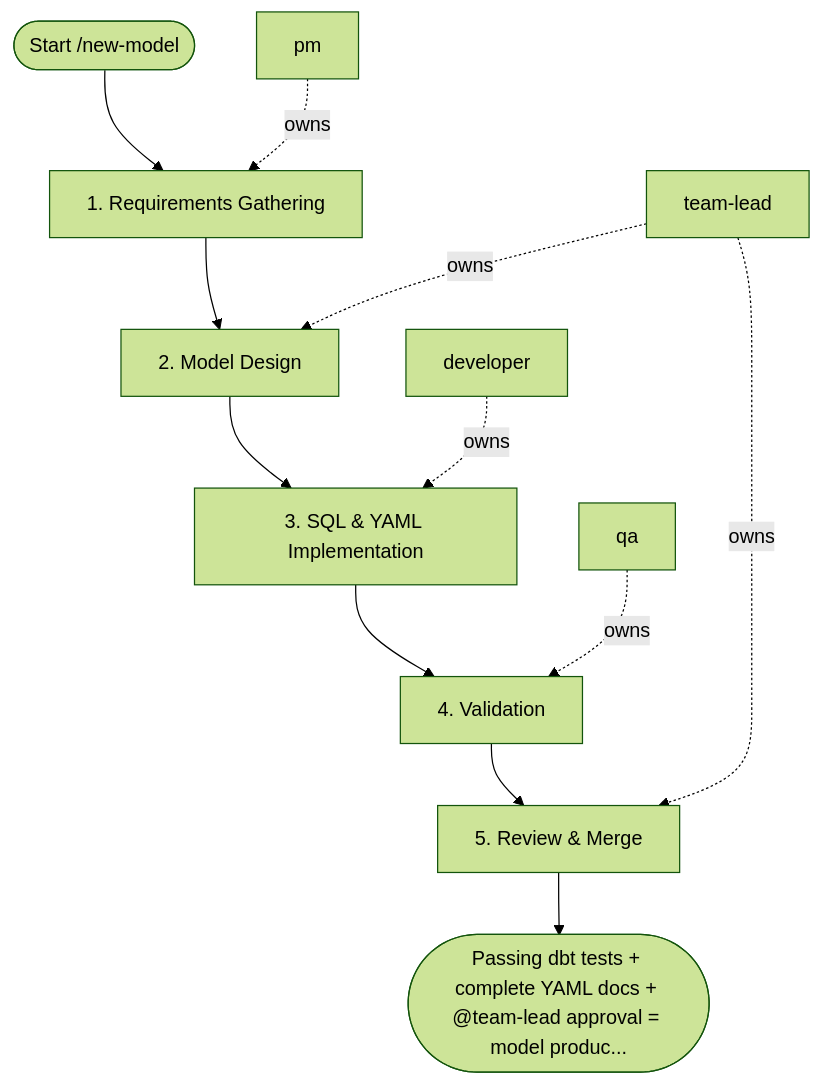
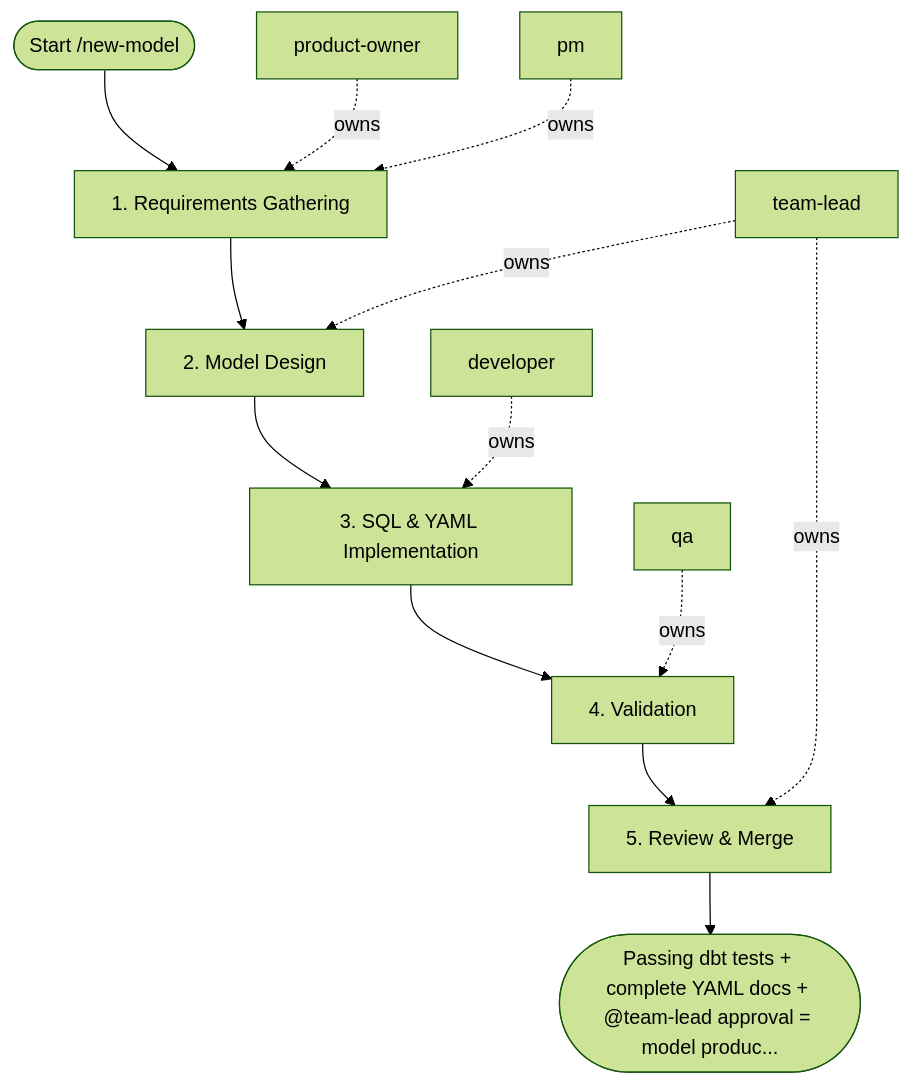
One commit to sawrus/agent-guides changed the diagram in areas/software/data-engineering/workflows/new-model.md. Above: the diagram before and after it, drawn with Mermaid (forest theme). The commit also changed other lines of this file and 76 other files, not shown here.

Commit message:
Standardize workflow product owner initiation

````diff
--- a/areas/software/data-engineering/workflows/new-model.md
+++ b/areas/software/data-engineering/workflows/new-model.md
@@ -73,25 +73,27 @@
 ```mermaid
 flowchart TD
   start(["Start /new-model"])
-  role_1["pm"]
-  role_2["team-lead"]
-  role_3["developer"]
-  role_4["qa"]
+  role_1["product-owner"]
+  role_2["pm"]
+  role_3["team-lead"]
+  role_4["developer"]
+  role_5["qa"]
   step_1["1. Requirements Gathering"]
   step_2["2. Model Design"]
   step_3["3. SQL & YAML Implementation"]
   step_4["4. Validation"]
   step_5["5. Review & Merge"]
   exit(["Passing dbt tests + complete YAML docs + @team-lead approval = model produc..."])
   start --> step_1
   step_1 --> step_2
   step_2 --> step_3
   step_3 --> step_4
   step_4 --> step_5
   step_5 --> exit
   role_1 -. owns .-> step_1
-  role_2 -. owns .-> step_2
-  role_3 -. owns .-> step_3
-  role_4 -. owns .-> step_4
-  role_2 -. owns .-> step_5
+  role_2 -. owns .-> step_1
+  role_3 -. owns .-> step_2
+  role_4 -. owns .-> step_3
+  role_5 -. owns .-> step_4
+  role_3 -. owns .-> step_5
 ```
````
